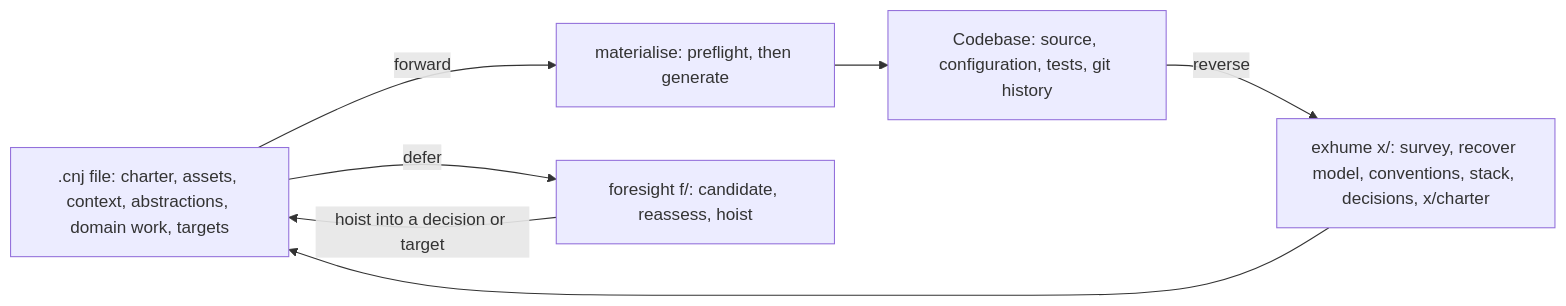
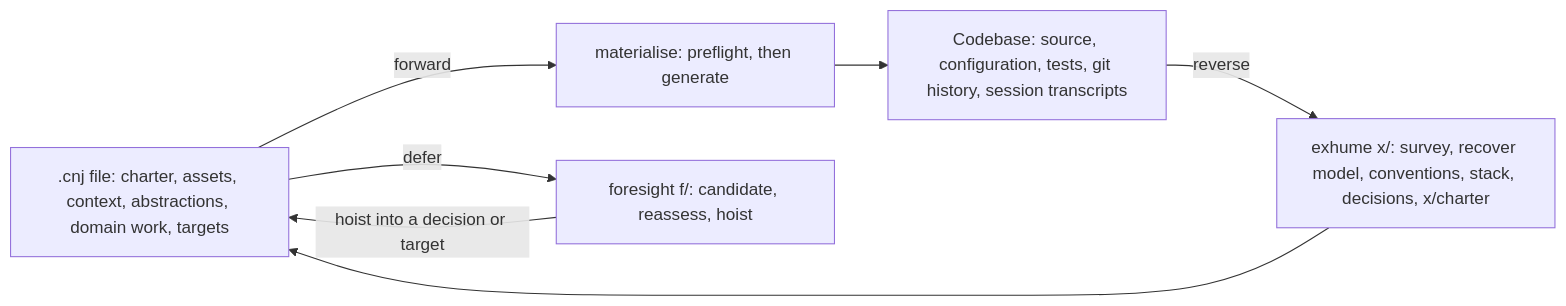
Before and after one commit to SrEnforcer/conjurer: the fifth of 6 diagrams in architecture.md, drawn with Mermaid. The commit also changed other lines of this file and 10 other files, not shown here.

First line of the commit message:
feat: intent over vibes — transcripts, variance surface, crystallisation, self-charter

````diff
--- a/architecture.md
+++ b/architecture.md
@@ -192,12 +192,12 @@
 ```mermaid
 flowchart LR
   CNJ[".cnj file: charter, assets, context, abstractions, domain work, targets"]
   MAT["materialise: preflight, then generate"]
-  CODE["Codebase: source, configuration, tests, git history"]
+  CODE["Codebase: source, configuration, tests, git history, session transcripts"]
   EXH["exhume x/: survey, recover model, conventions, stack, decisions, x/charter"]
   FS["foresight f/: candidate, reassess, hoist"]
   CNJ -- forward --> MAT --> CODE
   CODE -- reverse --> EXH --> CNJ
   CNJ -- defer --> FS
   FS -- hoist into a decision or target --> CNJ
 ```
````
